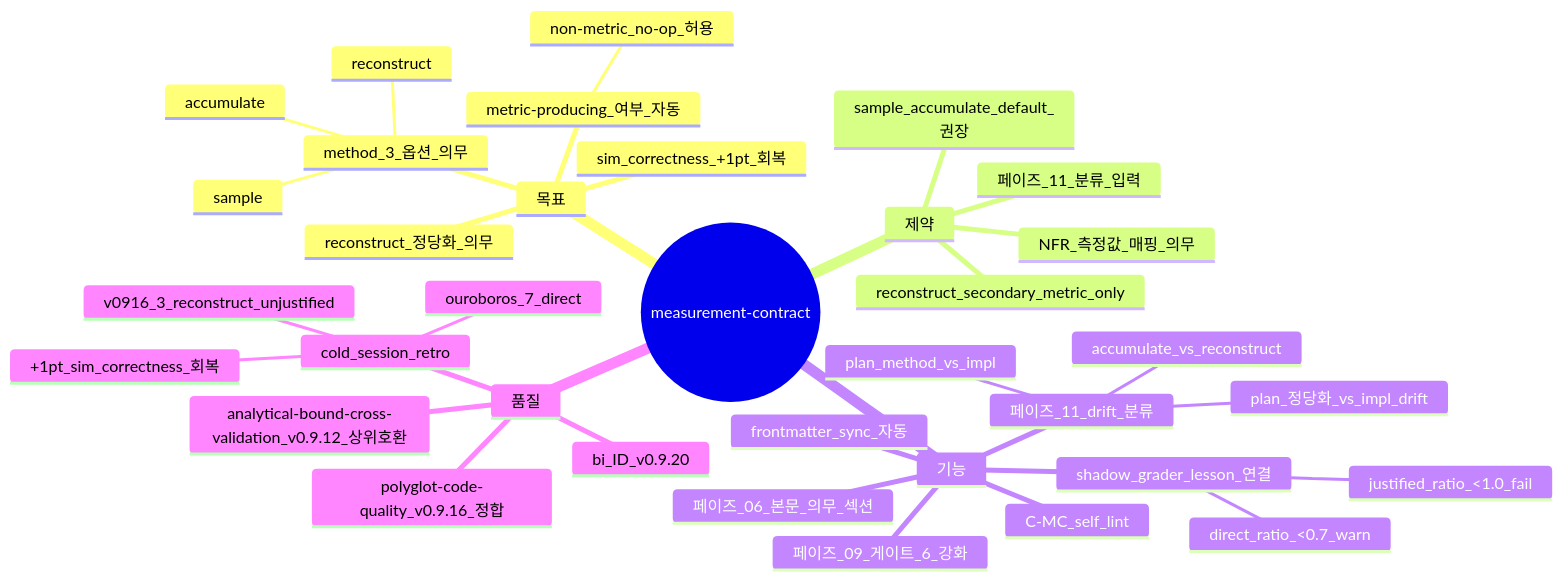
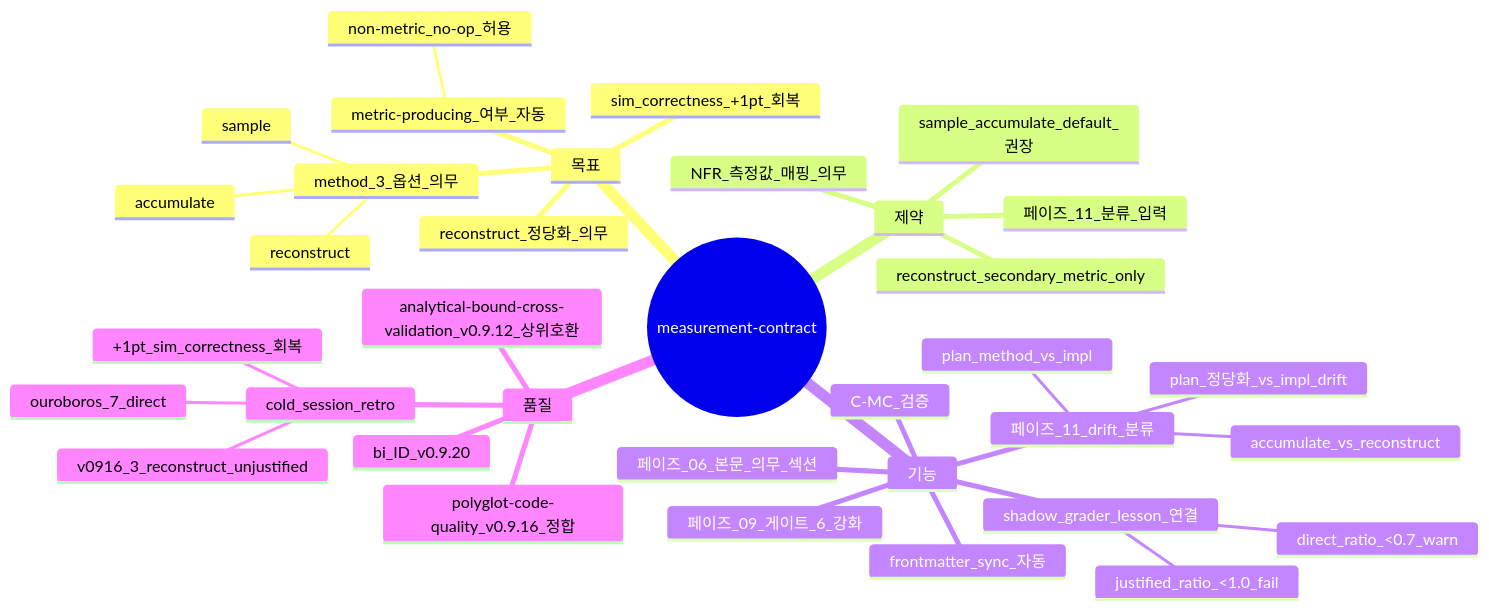
Before and after one commit to whyjp/ShipofTheseus: the diagram in skills/theseus-harness/conventions/measurement-contract.md, drawn with Mermaid. The commit also changed other lines of this file and 43 other files, not shown here.

First line of the commit message:
refactor(b3c): 가짜 self_lint 귀속 51개 정리 — 선언≠구현(P2) 잔재 제거

````diff
--- a/skills/theseus-harness/conventions/measurement-contract.md
+++ b/skills/theseus-harness/conventions/measurement-contract.md
@@ -139,38 +139,38 @@
 ```mermaid
 mindmap
   root((measurement-contract))
     목표
       method_3_옵션_의무
         sample
         accumulate
         reconstruct
       reconstruct_정당화_의무
       metric-producing_여부_자동
         non-metric_no-op_허용
       sim_correctness_+1pt_회복
     제약
       sample_accumulate_default_권장
       reconstruct_secondary_metric_only
       NFR_측정값_매핑_의무
       페이즈_11_분류_입력
     기능
-      C-MC_self_lint
+      C-MC_검증
       페이즈_06_본문_의무_섹션
       frontmatter_sync_자동
       페이즈_09_게이트_6_강화
       페이즈_11_drift_분류
         plan_method_vs_impl
         accumulate_vs_reconstruct
         plan_정당화_vs_impl_drift
       shadow_grader_lesson_연결
         direct_ratio_<0.7_warn
         justified_ratio_<1.0_fail
     품질
       cold_session_retro
         ouroboros_7_direct
         v0916_3_reconstruct_unjustified
         +1pt_sim_correctness_회복
       analytical-bound-cross-validation_v0.9.12_상위호환
       polyglot-code-quality_v0.9.16_정합
       bi_ID_v0.9.20
 ```
````
